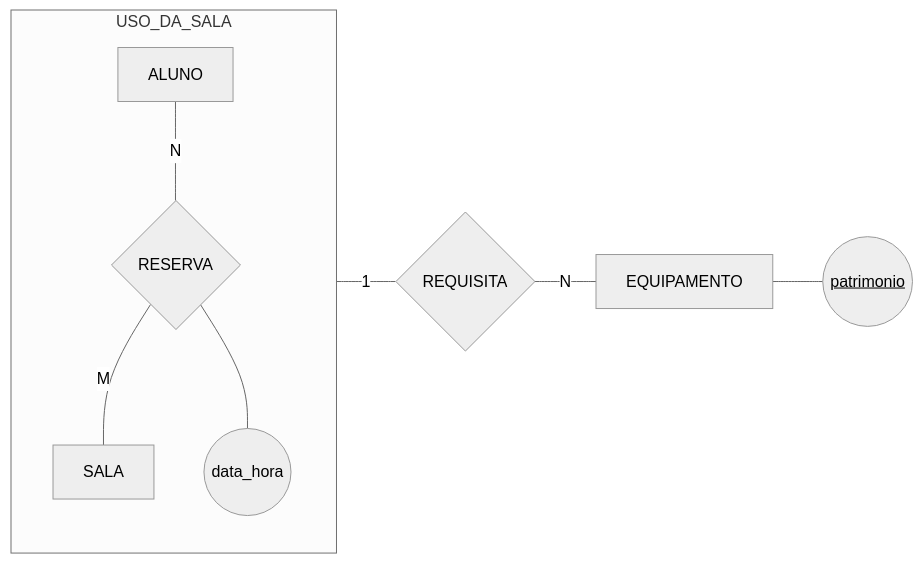
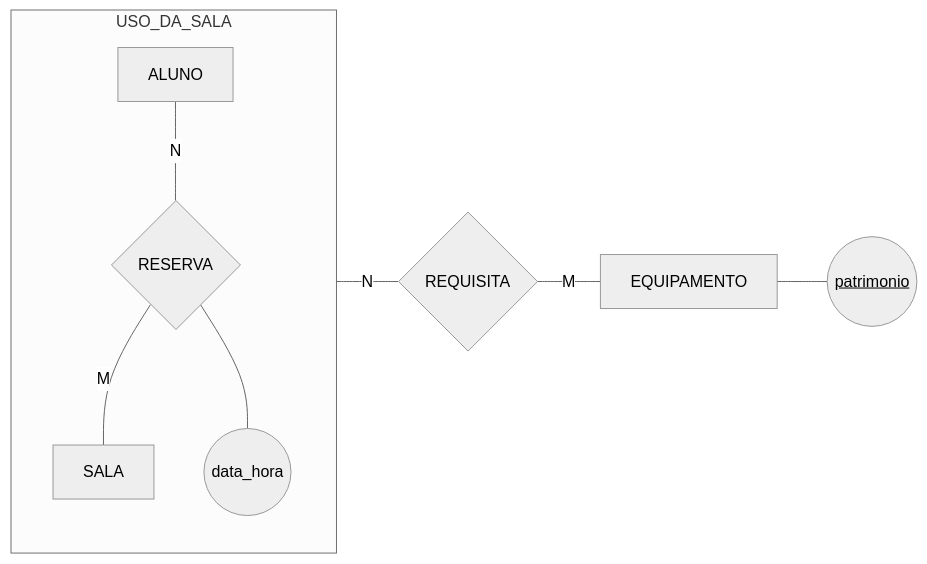
One commit to jreluiz/curso-modelagem-dados changed the diagram in bloco-2-modelos-de-banco-de-dados/aula-08-agregacao-e-estudo-de-caso/exemplos/agregacao-sala-equipamento.md. Above: the diagram before and after it, drawn with Mermaid (neutral theme). The commit also changed other lines of this file and 170 other files, not shown here.

````diff
--- a/bloco-2-modelos-de-banco-de-dados/aula-08-agregacao-e-estudo-de-caso/exemplos/agregacao-sala-equipamento.md
+++ b/bloco-2-modelos-de-banco-de-dados/aula-08-agregacao-e-estudo-de-caso/exemplos/agregacao-sala-equipamento.md
@@ -7,11 +7,11 @@
 ```mermaid
 flowchart LR
     subgraph USO[USO_DA_SALA]
         ALUNO[ALUNO] ---|N| RES{RESERVA}
         RES ---|M| SALA[SALA]
         RES --- dh((data_hora))
     end
-    USO ---|1| REQ{REQUISITA}
-    REQ ---|N| EQP[EQUIPAMENTO]
+    USO ---|N| REQ{REQUISITA}
+    REQ ---|M| EQP[EQUIPAMENTO]
     EQP --- pat(("<u>patrimonio</u>"))
 ```
````
